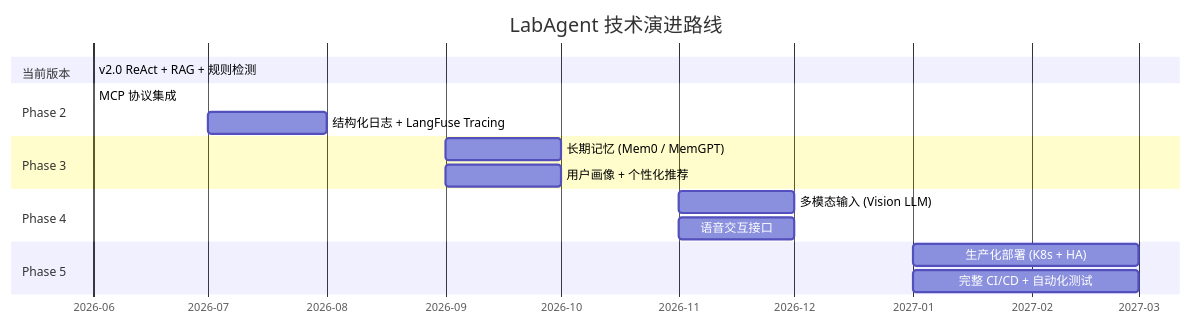
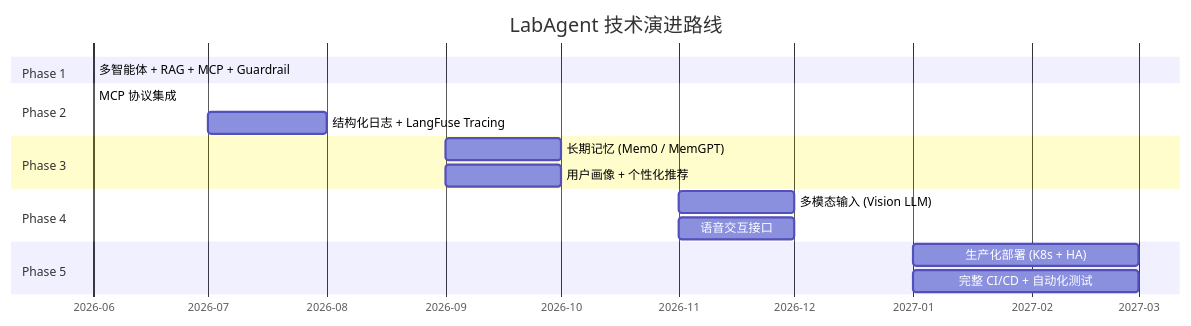
One commit to nanamili/cs599-project changed the eighth of 8 diagrams in docs/CS599_大作业报告.md. Above: the diagram before and after it, drawn with Mermaid. The commit also changed other lines of this file, not shown here.

Commit message:
Add Phase 1 to roadmap and Gantt chart

````diff
--- a/docs/CS599_大作业报告.md
+++ b/docs/CS599_大作业报告.md
@@ -781,20 +781,20 @@
 ```mermaid
 gantt
     title LabAgent 技术演进路线
     dateFormat  YYYY-MM
     axisFormat  %Y-%m
-    section 当前版本
-    v2.0 ReAct + RAG + 规则检测    :done, v20, 2026-06, 2026-06
+    section Phase 1
+    多智能体 + RAG + MCP + Guardrail :done, p1, 2026-06, 2026-06
     section Phase 2
     MCP 协议集成                   :done, p2a, 2026-06, 2026-06
     结构化日志 + LangFuse Tracing  :p2b, 2026-07, 2026-08
     section Phase 3
     长期记忆 (Mem0 / MemGPT)       :p3a, 2026-09, 2026-10
     用户画像 + 个性化推荐          :p3b, 2026-09, 2026-10
     section Phase 4
     多模态输入 (Vision LLM)        :p4a, 2026-11, 2026-12
     语音交互接口                   :p4b, 2026-11, 2026-12
     section Phase 5
     生产化部署 (K8s + HA)          :p5a, 2027-01, 2027-03
     完整 CI/CD + 自动化测试        :p5b, 2027-01, 2027-03
 ```
````
